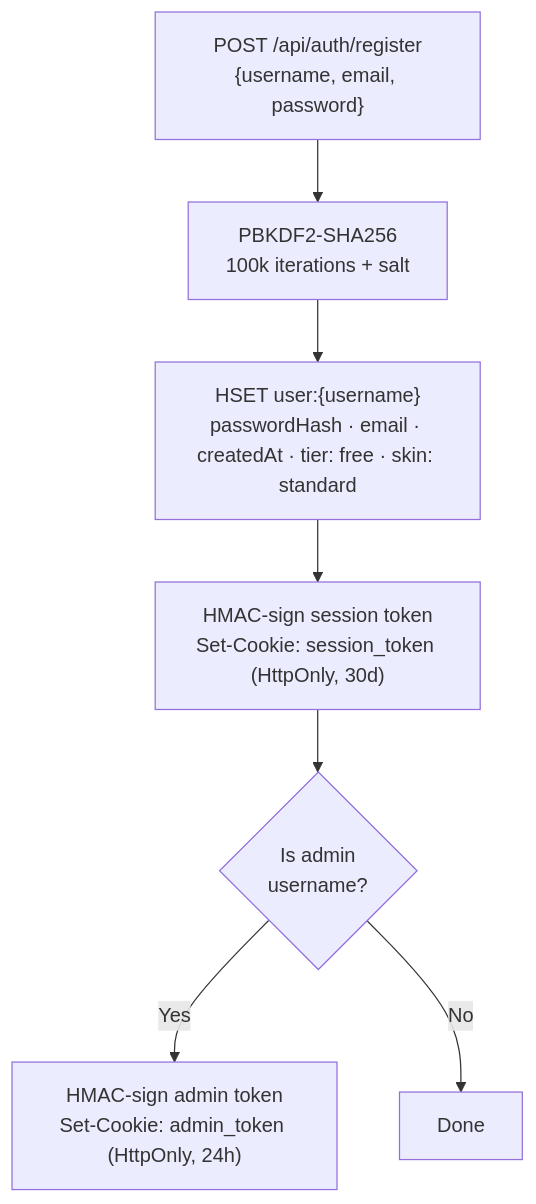
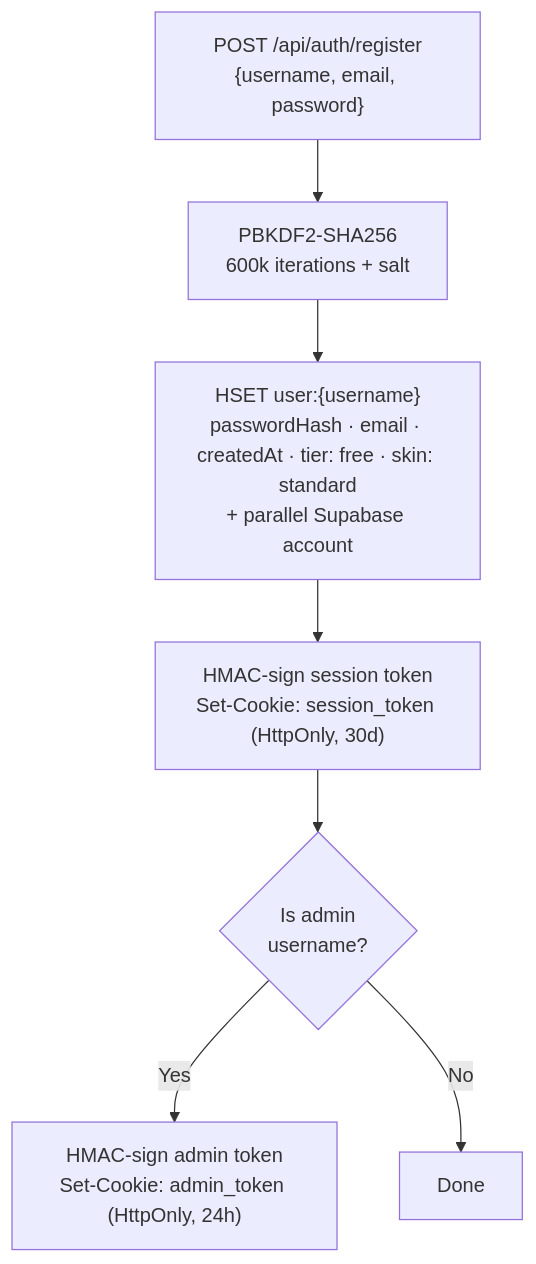
The second of 4 diagrams in apps/web/secured-docs/TECHNICAL_DESIGN.md (jjfleetwood/kryptos-cronos), drawn with Mermaid before and after one commit. The commit also changed other lines of this file and 3 other files, not shown here.

````diff
--- a/apps/web/secured-docs/TECHNICAL_DESIGN.md
+++ b/apps/web/secured-docs/TECHNICAL_DESIGN.md
@@ -79,16 +92,16 @@
 ```mermaid
 flowchart TD
     Register["POST /api/auth/register\n{username, email, password}"]
-    HashPW["PBKDF2-SHA256\n100k iterations + salt"]
-    StoreUser["HSET user:{username}\npasswordHash · email · createdAt · tier: free · skin: standard"]
+    HashPW["PBKDF2-SHA256\n600k iterations + salt"]
+    StoreUser["HSET user:{username}\npasswordHash · email · createdAt · tier: free · skin: standard\n+ parallel Supabase account"]
     IssueSession["HMAC-sign session token\nSet-Cookie: session_token (HttpOnly, 30d)"]
     IssueAdmin{"Is admin\nusername?"}
     IssueAdminCookie["HMAC-sign admin token\nSet-Cookie: admin_token (HttpOnly, 24h)"]
 
     Register --> HashPW
     HashPW --> StoreUser
     StoreUser --> IssueSession
     IssueSession --> IssueAdmin
     IssueAdmin -->|Yes| IssueAdminCookie
     IssueAdmin -->|No| Done["Done"]
 ```
````
